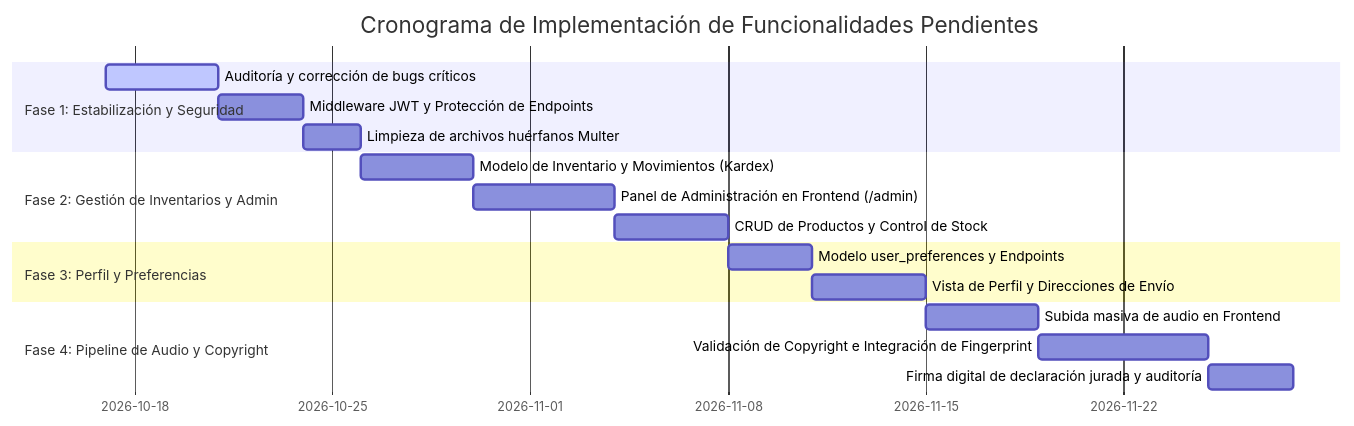
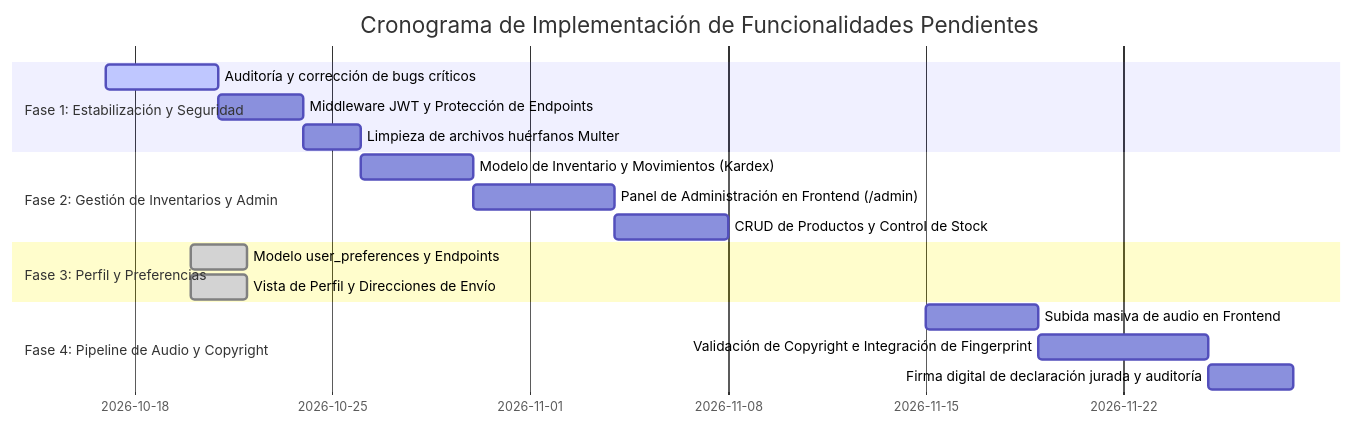
One commit to rafaelSanchez4330/disc-market-frontend changed the third of 3 diagrams in PENDING_FEATURES.md. Above: the diagram before and after it, drawn with Mermaid. The commit also changed other lines of this file, not shown here.

Commit message:
docs: mark user preferences and profile module as completed in documentation

````diff
--- a/PENDING_FEATURES.md
+++ b/PENDING_FEATURES.md
@@ -252,20 +270,20 @@
 ```mermaid
 gantt
     title Cronograma de Implementación de Funcionalidades Pendientes
     dateFormat  YYYY-MM-DD
     section Fase 1: Estabilización y Seguridad
     Auditoría y corrección de bugs críticos :active, 2026-10-17, 4d
     Middleware JWT y Protección de Endpoints : 2026-10-21, 3d
     Limpieza de archivos huérfanos Multer : 2026-10-24, 2d
     section Fase 2: Gestión de Inventarios y Admin
     Modelo de Inventario y Movimientos (Kardex) : 2026-10-26, 4d
     Panel de Administración en Frontend (/admin) : 2026-10-30, 5d
     CRUD de Productos y Control de Stock : 2026-11-04, 4d
     section Fase 3: Perfil y Preferencias
-    Modelo user_preferences y Endpoints : 2026-11-08, 3d
-    Vista de Perfil y Direcciones de Envío : 2026-11-11, 4d
+    Modelo user_preferences y Endpoints :done, 2026-10-20, 2d
+    Vista de Perfil y Direcciones de Envío :done, 2026-10-20, 2d
     section Fase 4: Pipeline de Audio y Copyright
     Subida masiva de audio en Frontend : 2026-11-15, 4d
     Validación de Copyright e Integración de Fingerprint : 2026-11-19, 6d
     Firma digital de declaración jurada y auditoría : 2026-11-25, 3d
 ```
````
